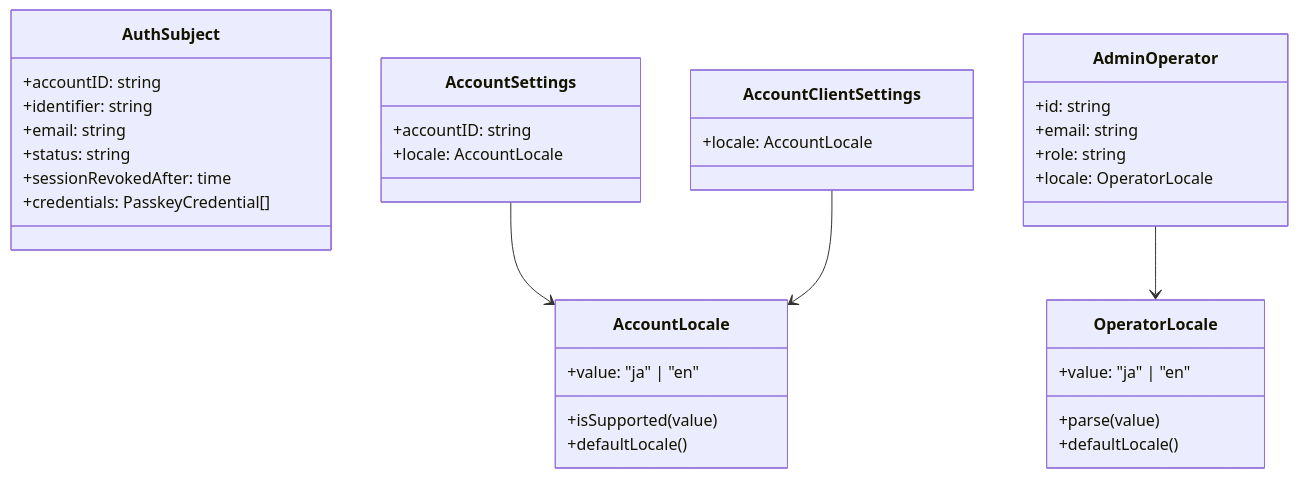
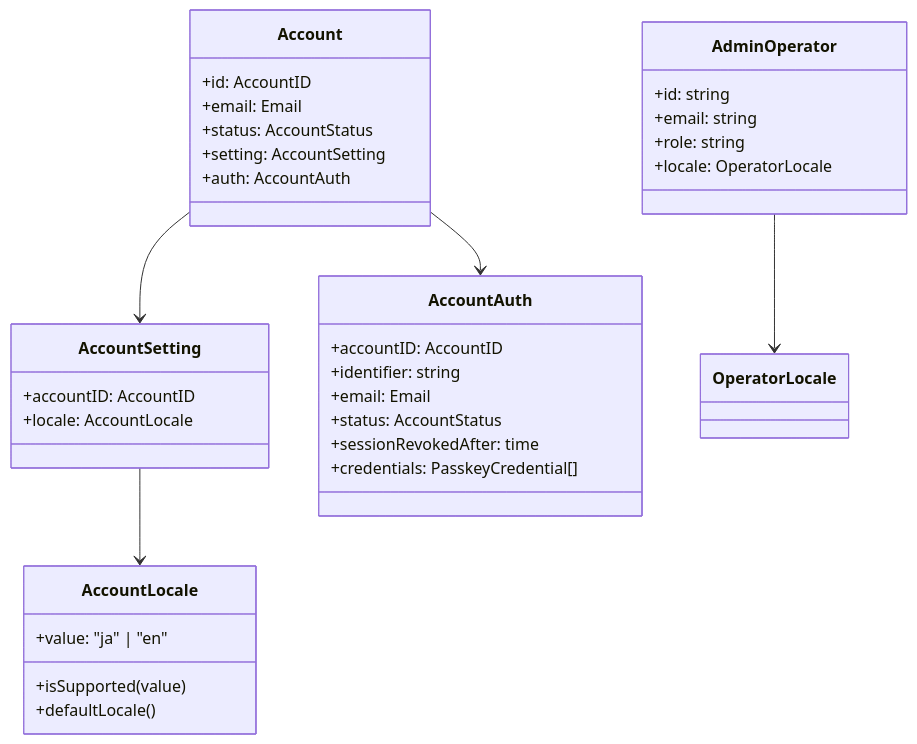
Before and after one commit to witwire-net/www-template: the fourth of 6 diagrams in openspec/changes/add-default-i18n/design.md, drawn with Mermaid. The commit also changed other lines of this file and 4 other files, not shown here.

````diff
--- a/openspec/changes/add-default-i18n/design.md
+++ b/openspec/changes/add-default-i18n/design.md
@@ -409,37 +362,37 @@
 ```mermaid
 classDiagram
+  class Account {
+    +id: AccountID
+    +email: Email
+    +status: AccountStatus
+    +setting: AccountSetting
+    +auth: AccountAuth
+  }
+  class AccountSetting {
+    +accountID: AccountID
+    +locale: AccountLocale
+  }
   class AccountLocale {
     +value: "ja" | "en"
     +isSupported(value)
     +defaultLocale()
   }
-  class OperatorLocale {
-    +value: "ja" | "en"
-    +parse(value)
-    +defaultLocale()
-  }
-  class AuthSubject {
-    +accountID: string
+  class AccountAuth {
+    +accountID: AccountID
     +identifier: string
-    +email: string
-    +status: string
+    +email: Email
+    +status: AccountStatus
     +sessionRevokedAfter: time
     +credentials: PasskeyCredential[]
-  }
-  class AccountSettings {
-    +accountID: string
-    +locale: AccountLocale
-  }
-  class AccountClientSettings {
-    +locale: AccountLocale
   }
   class AdminOperator {
     +id: string
     +email: string
     +role: string
     +locale: OperatorLocale
   }
-  AccountSettings --> AccountLocale
-  AccountClientSettings --> AccountLocale
+  Account --> AccountSetting
+  Account --> AccountAuth
+  AccountSetting --> AccountLocale
   AdminOperator --> OperatorLocale
 ```
````
